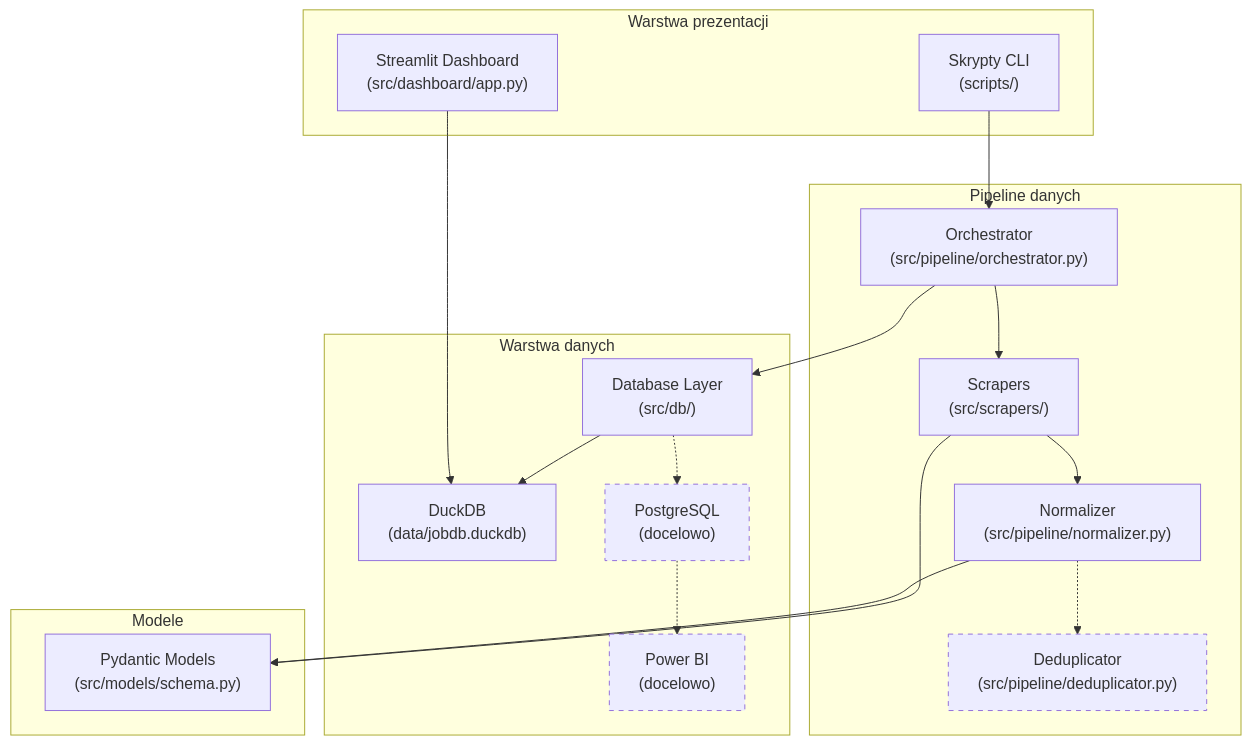
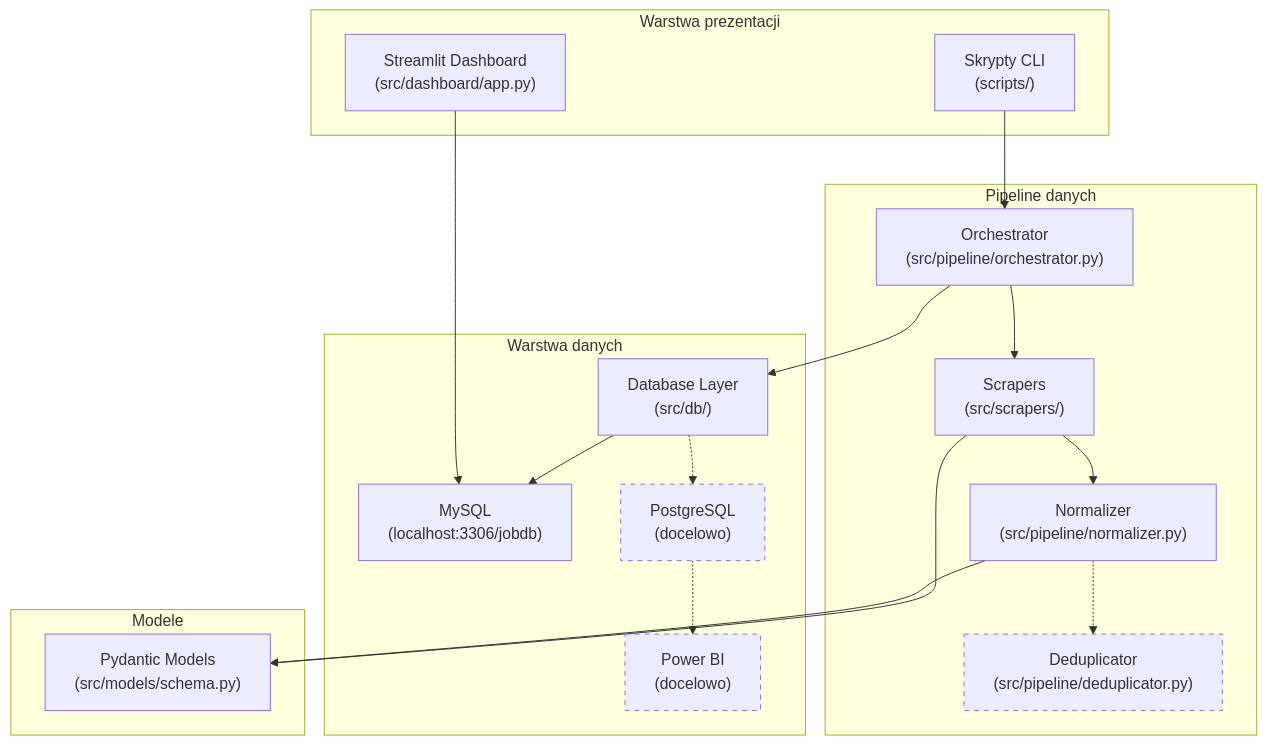
One commit to mkonefal2/jobDB changed the first of 3 diagrams in docs/PROJECT_DESIGN.md. Above: the diagram before and after it, drawn with Mermaid. The commit also changed other lines of this file and 31 other files, not shown here.

````diff
--- a/docs/PROJECT_DESIGN.md
+++ b/docs/PROJECT_DESIGN.md
@@ -12,41 +12,41 @@
 ```mermaid
 flowchart TB
     subgraph UI ["Warstwa prezentacji"]
         DASH["Streamlit Dashboard<br/>(src/dashboard/app.py)"]
         CLI["Skrypty CLI<br/>(scripts/)"]
     end
 
     subgraph PIPELINE ["Pipeline danych"]
         ORCH["Orchestrator<br/>(src/pipeline/orchestrator.py)"]
         SCRAP["Scrapers<br/>(src/scrapers/)"]
         NORM["Normalizer<br/>(src/pipeline/normalizer.py)"]
         DEDUP["Deduplicator<br/>(src/pipeline/deduplicator.py)"]
     end
 
     subgraph DATA ["Warstwa danych"]
         DB_LAYER["Database Layer<br/>(src/db/)"]
-        DUCK["DuckDB<br/>(data/jobdb.duckdb)"]
+        MYSQL["MySQL<br/>(localhost:3306/jobdb)"]
         PG["PostgreSQL<br/>(docelowo)"]
         PBI["Power BI<br/>(docelowo)"]
     end
 
     subgraph MODELS ["Modele"]
         PYDANTIC["Pydantic Models<br/>(src/models/schema.py)"]
     end
 
     CLI --> ORCH
     ORCH --> SCRAP
     SCRAP --> NORM
     NORM -.-> DEDUP
     ORCH --> DB_LAYER
-    DB_LAYER --> DUCK
+    DB_LAYER --> MYSQL
     DB_LAYER -.-> PG
     PG -.-> PBI
-    DASH --> DUCK
+    DASH --> MYSQL
     SCRAP --> PYDANTIC
     NORM --> PYDANTIC
 
     style DEDUP stroke-dasharray: 5 5
     style PG stroke-dasharray: 5 5
     style PBI stroke-dasharray: 5 5
 ```
````
